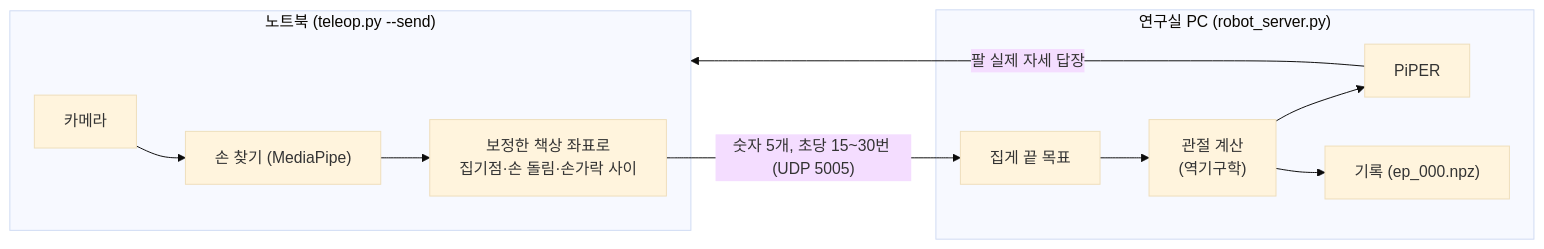
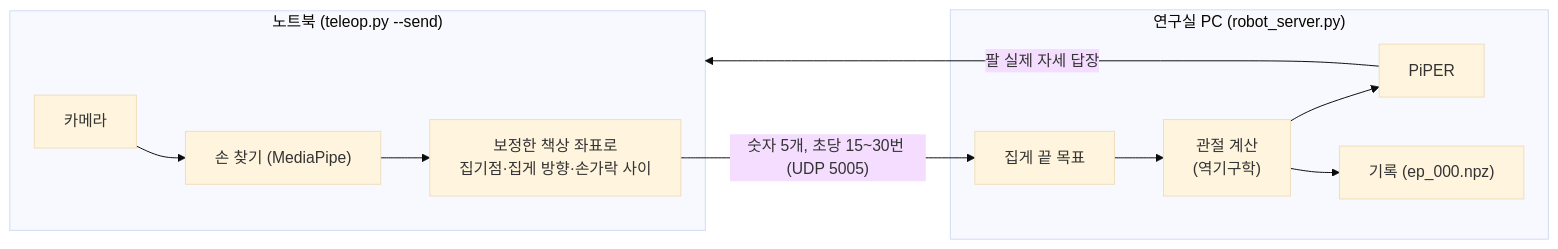
One commit to kakabab12/LAB-1309 changed the diagram in 11_실물_PiPER/webcam_piper/사용설명서.md. Above: the diagram before and after it, drawn with Mermaid (base theme). The commit also changed other lines of this file and 24 other files, not shown here.

````diff
--- a/11_실물_PiPER/webcam_piper/사용설명서.md
+++ b/11_실물_PiPER/webcam_piper/사용설명서.md
@@ -177,12 +190,12 @@
 ```mermaid
 flowchart LR
     subgraph L["노트북 (teleop.py --send)"]
-        C["카메라"] --> H["손 찾기 (MediaPipe)"] --> M["보정한 책상 좌표로<br>집기점·손 돌림·손가락 사이"]
+        C["카메라"] --> H["손 찾기 (MediaPipe)"] --> M["보정한 책상 좌표로<br>집기점·집게 방향·손가락 사이"]
     end
     subgraph P["연구실 PC (robot_server.py)"]
         G["집게 끝 목표"] --> I["관절 계산<br>(역기구학)"] --> A["PiPER"]
         I --> REC["기록 (ep_000.npz)"]
     end
     M -- "숫자 5개, 초당 15~30번 (UDP 5005)" --> G
     A -- "팔 실제 자세 답장" --> L
 ```
````
